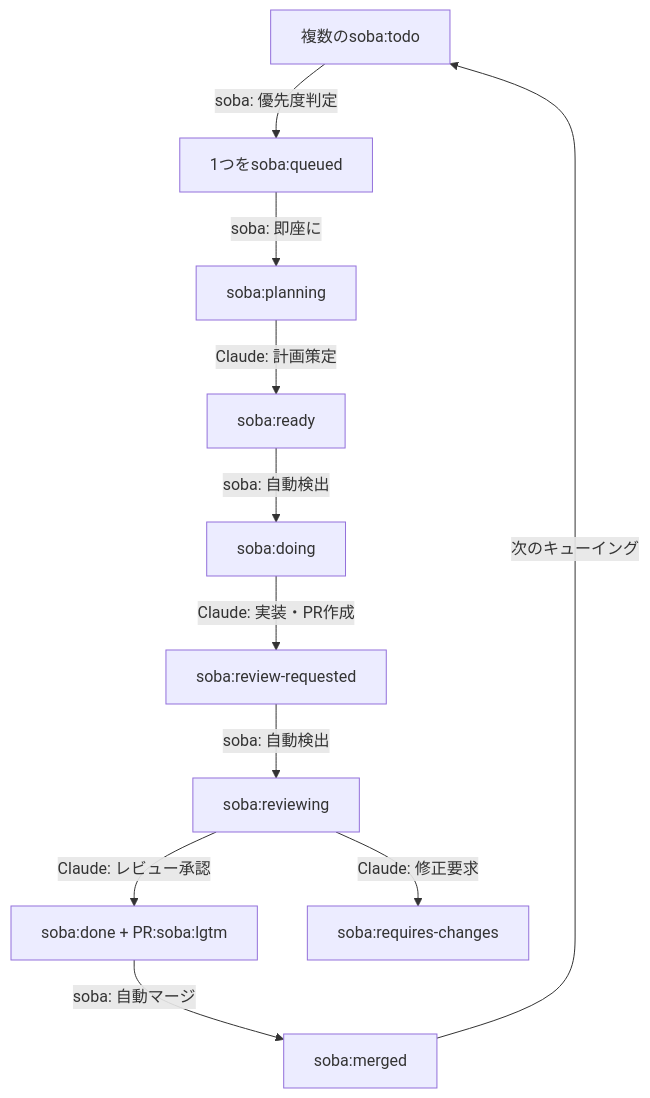
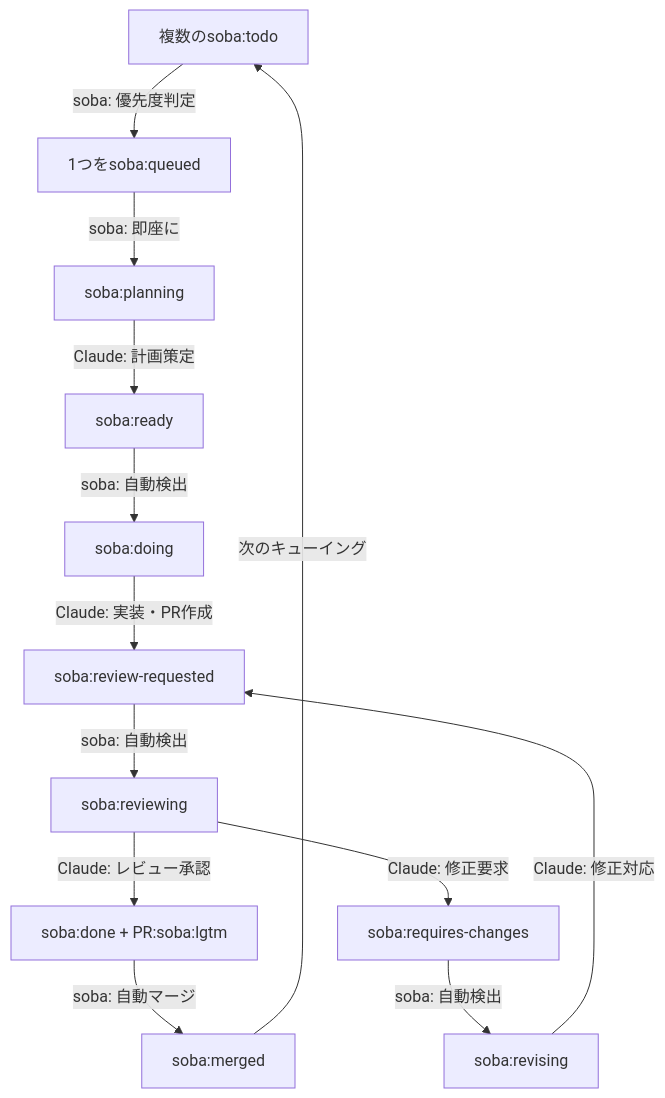
Before and after one commit to douhashi/soba-cli: the diagram in docs/business/workflow.md, drawn with Mermaid. The commit also changed other lines of this file and 3 other files, not shown here.

````diff
--- a/docs/business/workflow.md
+++ b/docs/business/workflow.md
@@ -9,13 +9,15 @@
 ```mermaid
 graph TD
     A[複数のsoba:todo] -->|soba: 優先度判定| B[1つをsoba:queued]
     B -->|soba: 即座に| C[soba:planning]
     C -->|Claude: 計画策定| D[soba:ready]
     D -->|soba: 自動検出| E[soba:doing]
     E -->|Claude: 実装・PR作成| F[soba:review-requested]
     F -->|soba: 自動検出| G[soba:reviewing]
     G -->|Claude: レビュー承認| H[soba:done + PR:soba:lgtm]
     G -->|Claude: 修正要求| I[soba:requires-changes]
+    I -->|soba: 自動検出| K[soba:revising]
+    K -->|Claude: 修正対応| F
     H -->|soba: 自動マージ| J[soba:merged]
     J -->|次のキューイング| A
 ```
````
